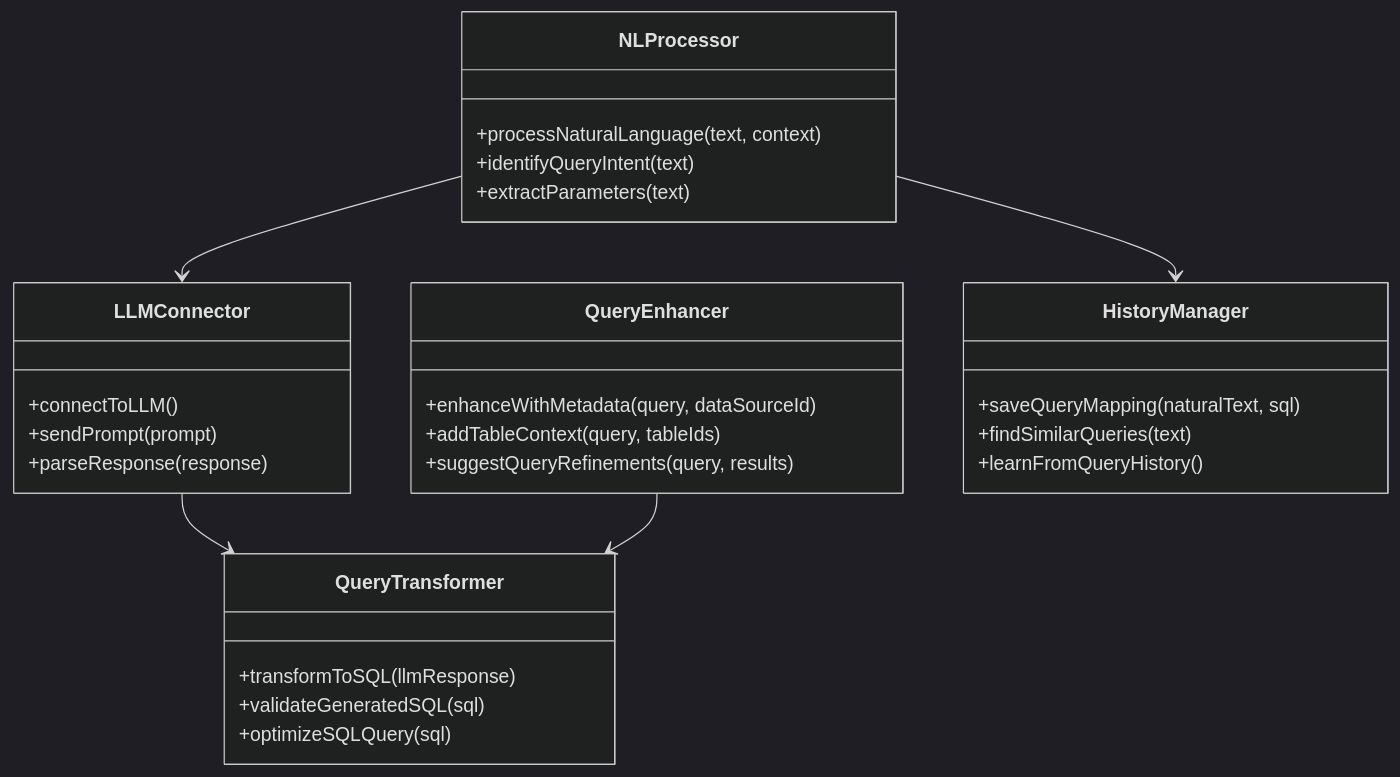
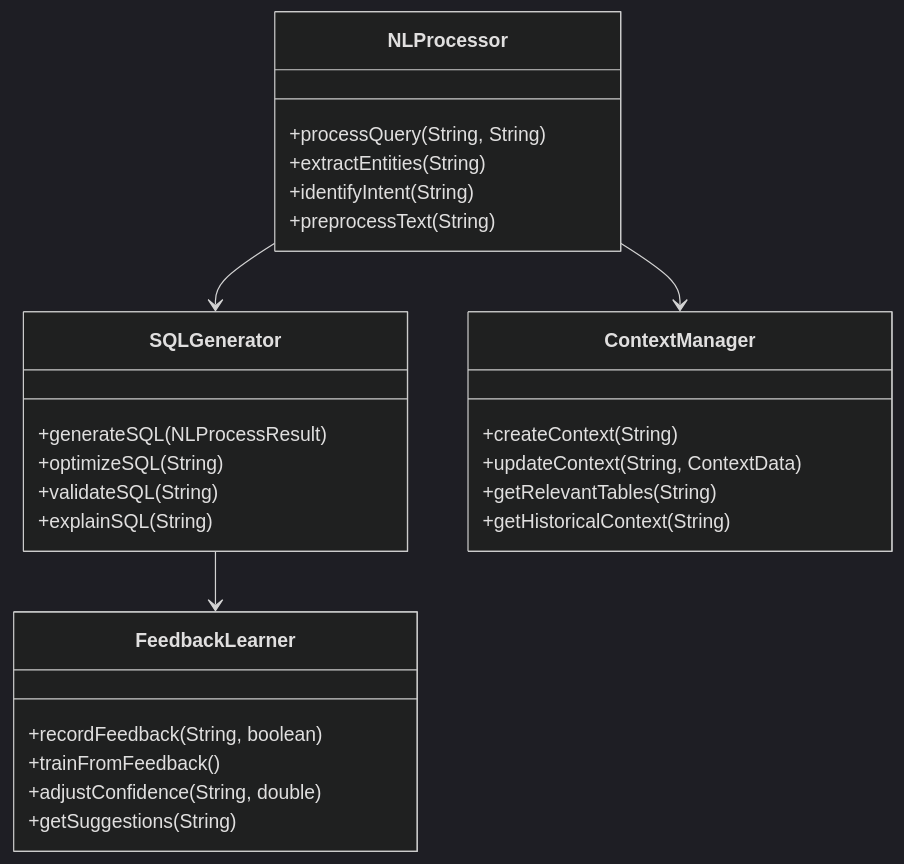
The fourth of 8 diagrams in docs/architecture.md (im47cn/data-scope), drawn with Mermaid (dark theme) before and after one commit. The commit also changed other lines of this file and 26 other files, not shown here.

````diff
--- a/docs/architecture.md
+++ b/docs/architecture.md
@@ -148,37 +154,34 @@
 ```mermaid
 classDiagram
     class NLProcessor {
-        +processNaturalLanguage(text, context)
-        +identifyQueryIntent(text)
-        +extractParameters(text)
+        +processQuery(String, String)
+        +extractEntities(String)
+        +identifyIntent(String)
+        +preprocessText(String)
     }
     
-    class LLMConnector {
-        +connectToLLM()
-        +sendPrompt(prompt)
-        +parseResponse(response)
+    class SQLGenerator {
+        +generateSQL(NLProcessResult)
+        +optimizeSQL(String)
+        +validateSQL(String)
+        +explainSQL(String)
     }
     
-    class QueryTransformer {
-        +transformToSQL(llmResponse)
-        +validateGeneratedSQL(sql)
-        +optimizeSQLQuery(sql)
+    class ContextManager {
+        +createContext(String)
+        +updateContext(String, ContextData)
+        +getRelevantTables(String)
+        +getHistoricalContext(String)
     }
     
-    class QueryEnhancer {
-        +enhanceWithMetadata(query, dataSourceId)
-        +addTableContext(query, tableIds)
-        +suggestQueryRefinements(query, results)
-    }
-    
-    class HistoryManager {
-        +saveQueryMapping(naturalText, sql)
-        +findSimilarQueries(text)
-        +learnFromQueryHistory()
+    class FeedbackLearner {
+        +recordFeedback(String, boolean)
+        +trainFromFeedback()
+        +adjustConfidence(String, double)
+        +getSuggestions(String)
     }
 
-    NLProcessor --> LLMConnector
-    LLMConnector --> QueryTransformer
-    QueryEnhancer --> QueryTransformer
-    NLProcessor --> HistoryManager
+    NLProcessor --> ContextManager
+    NLProcessor --> SQLGenerator
+    SQLGenerator --> FeedbackLearner
 ```
````
